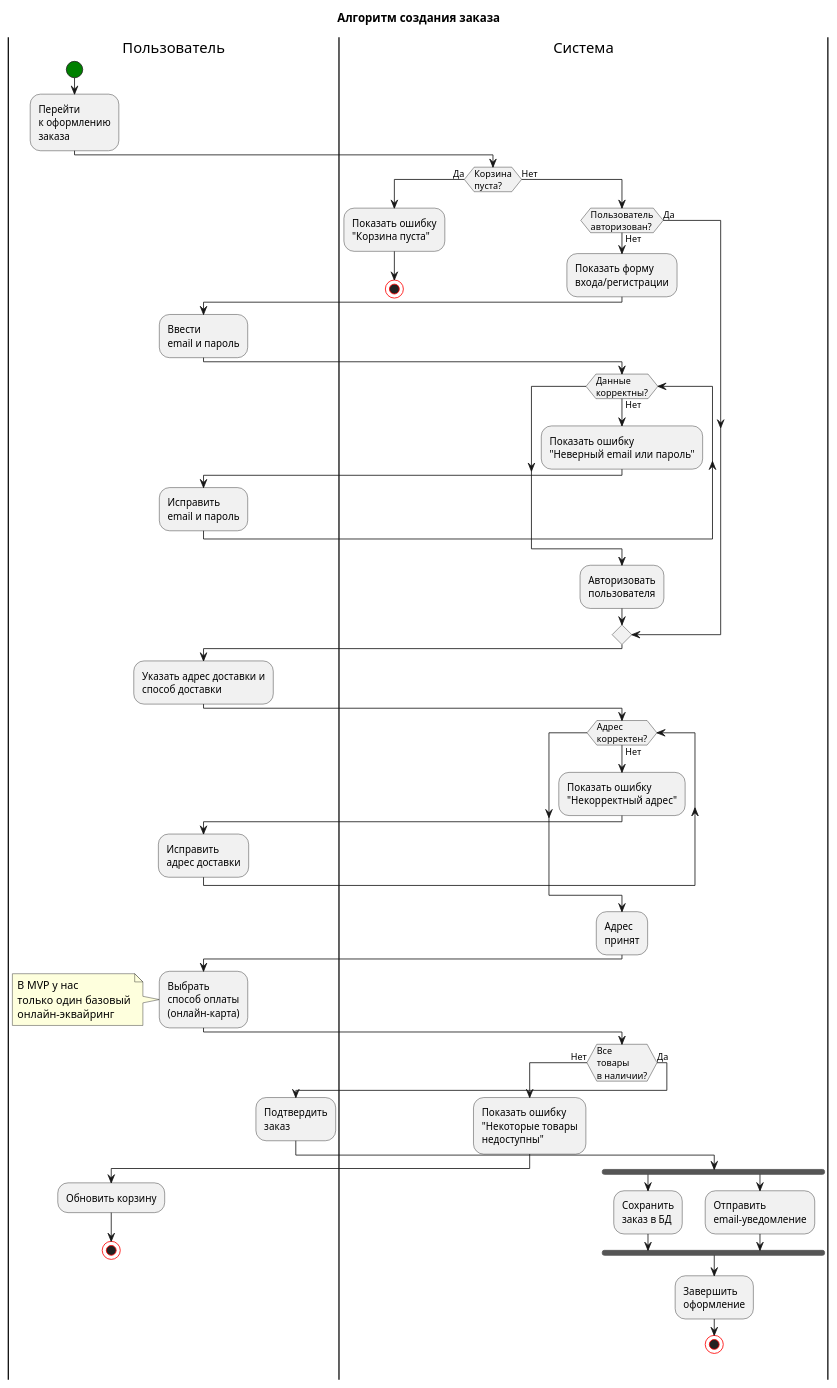
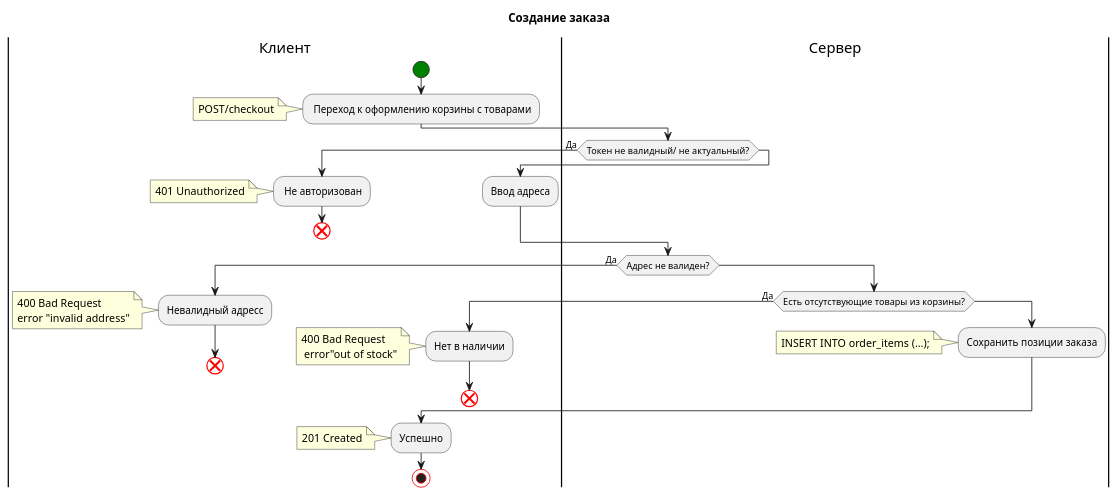
Before and after one commit to a-dobritsa/spareparts_for_everyone: the diagram in diagrams/ActivityDiagram.puml, drawn with PlantUML.

Commit message:
Исправлено согласно замечаниям

```diff
--- a/diagrams/ActivityDiagram.puml
+++ b/diagrams/ActivityDiagram.puml
@@ -1,66 +1,59 @@
 @startuml
-title Алгоритм создания заказа
+title Создание заказа
 skinparam activity {
-    startColor green
-    stopColor red
+startColor green
+endColor red
+stopColor red
 }
 
-|Пользователь|
+swimlane Клиент
 start
-:Перейти\nк оформлению\nзаказа;
-
-|Система|
-if (Корзина\nпуста?) then (Да)
-  :Показать ошибку\n"Корзина пуста";
-  stop
-else (Нет)
-  if (Пользователь\nавторизован?) then (Нет)
-    :Показать форму\nвхода/регистрации;
-    |Пользователь|
-    :Ввести\nemail и пароль;
-    |Система|
-    while (Данные\nкорректны?) is (Нет)
-      :Показать ошибку\n"Неверный email или пароль";
-      |Пользователь|
-      :Исправить\nemail и пароль;
-      |Система|
-    endwhile
-    :Авторизовать\nпользователя;
-  else (Да)
-  endif
-
-  |Пользователь|
-  :Указать адрес доставки и\nспособ доставки;
-  |Система|
-  while (Адрес\nкорректен?) is (Нет)
-    :Показать ошибку\n"Некорректный адрес";
-    |Пользователь|
-    :Исправить\nадрес доставки;
-    |Система|
-  endwhile
-  :Адрес\nпринят;
-
-  |Пользователь|
-  :Выбрать\nспособ оплаты\n(онлайн-карта);
-  note left: В MVP у нас\nтолько один базовый\nонлайн-эквайринг
-
-  |Система|
-  if (Все\nтовары\nв наличии?) then (Нет)
-    :Показать ошибку\n"Некоторые товары\nнедоступны";
-    |Пользователь|
-    :Обновить корзину;
-    stop
-  else (Да)
-    |Пользователь|
-    :Подтвердить\nзаказ;
-    |Система|
-    fork
-      :Сохранить\nзаказ в БД;
-    fork again
-      :Отправить\nemail-уведомление;
-    end fork
-    :Завершить\nоформление;
-    stop
-  endif
-endif
+    : Переход к оформлению корзины с товарами;
+    note 
+      POST/checkout
+    end note
+swimlane Сервер
+        if (Токен не валидный/ не актуальный?) then (Да)
+swimlane Клиент
+        : Не авторизован;
+        note
+          401 Unauthorized
+        end note
+        end
+        else
+        :Ввод адреса;
+        endif
+swimlane Сервер
+          if (Адрес не валиден?) then (Да)
+swimlane Клиент
+          :Невалидный адресс;
+          note
+            400 Bad Request
+            error "invalid address"
+          end note
+          end
+          else
+swimlane Сервер
+            if (Есть отсутствующие товары из корзины?) then (Да)
+swimlane Клиент
+            :Нет в наличии;
+            note 
+             400 Bad Request
+              error"out of stock"
+            end note
+            end
+            else
+swimlane Сервер
+              :Сохранить позиции заказа;
+              note
+                INSERT INTO order_items (...);
+              end note
+          endif
+            endif
+swimlane Клиент
+                :Успешно;
+                note
+                  201 Created
+                endnote
+            stop
 @enduml
```
